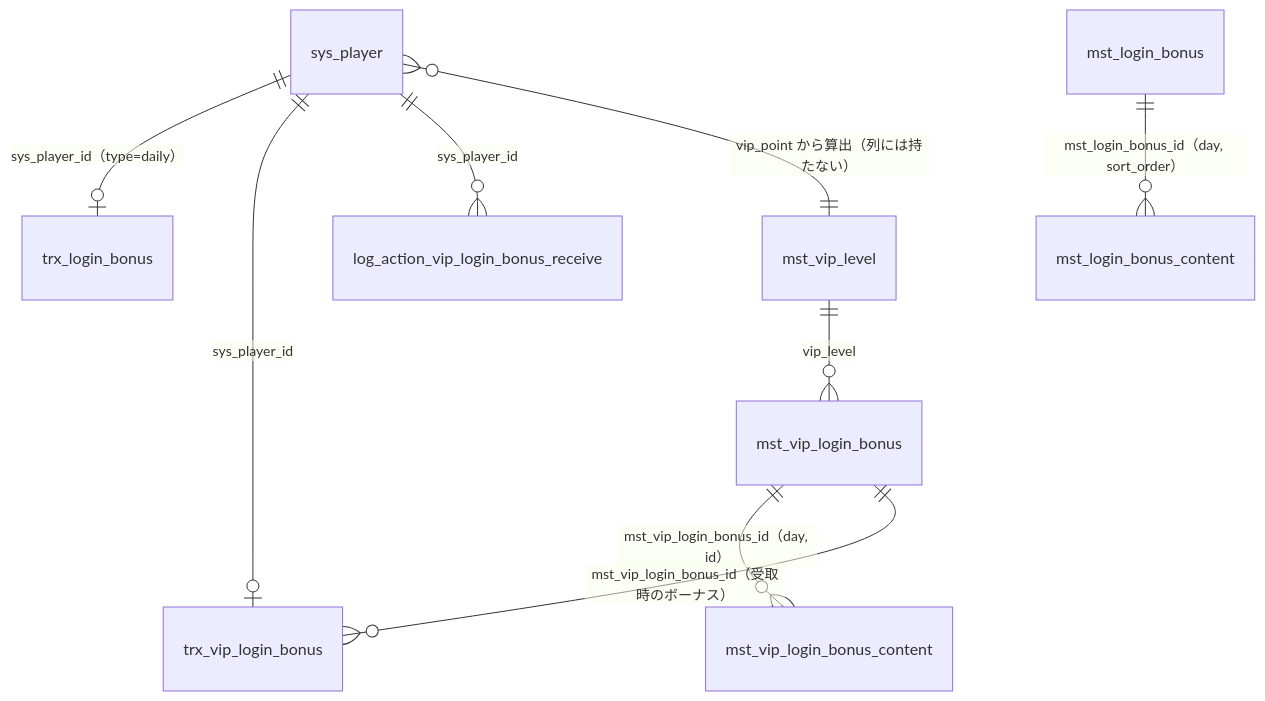
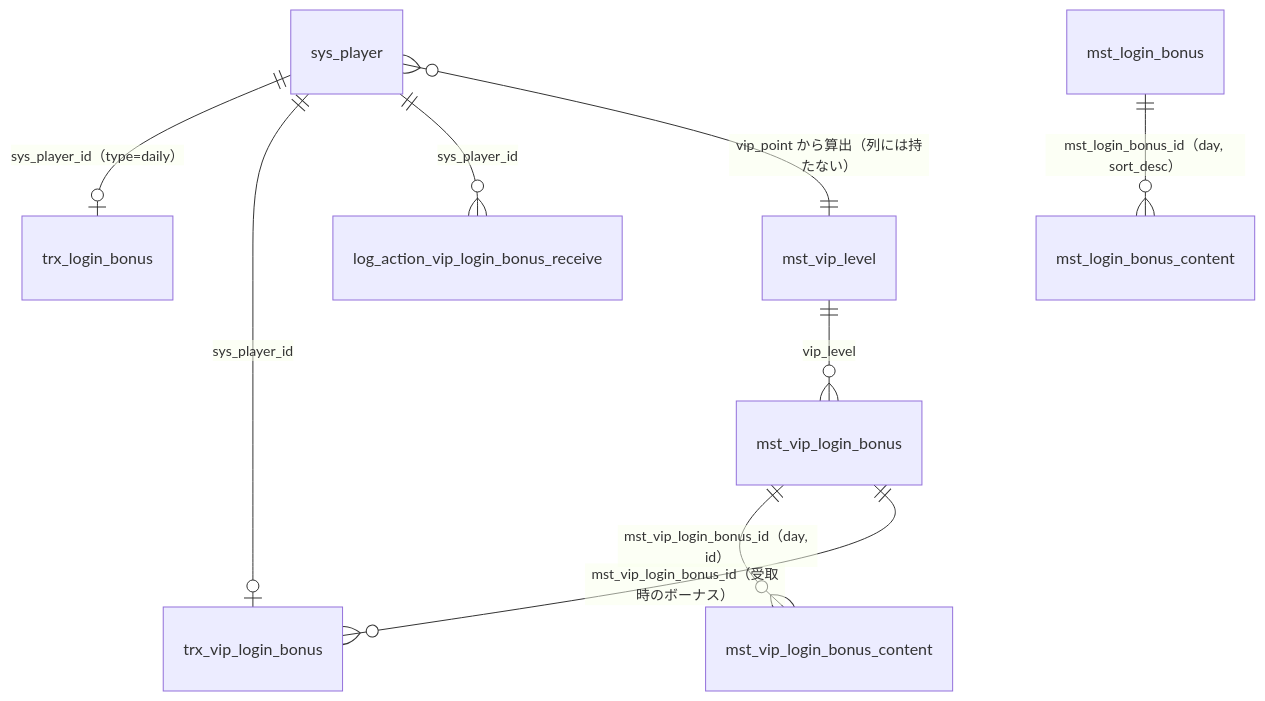
One commit to BENieBlack/NexusLaravelMobileGameServer changed the diagram in docs/design/login-bonus-calendar/db.md. Above: the diagram before and after it, drawn with Mermaid. The commit also changed other lines of this file and 59 other files, not shown here.

````diff
--- a/docs/design/login-bonus-calendar/db.md
+++ b/docs/design/login-bonus-calendar/db.md
@@ -66,11 +65,11 @@
 ```mermaid
 erDiagram
     sys_player ||--o| trx_login_bonus : "sys_player_id（type=daily）"
     sys_player ||--o| trx_vip_login_bonus : "sys_player_id"
     sys_player ||--o{ log_action_vip_login_bonus_receive : "sys_player_id"
-    mst_login_bonus ||--o{ mst_login_bonus_content : "mst_login_bonus_id（day, sort_order）"
+    mst_login_bonus ||--o{ mst_login_bonus_content : "mst_login_bonus_id（day, sort_desc）"
     mst_vip_login_bonus ||--o{ mst_vip_login_bonus_content : "mst_vip_login_bonus_id（day, id）"
     mst_vip_login_bonus ||--o{ trx_vip_login_bonus : "mst_vip_login_bonus_id（受取時のボーナス）"
     mst_vip_level ||--o{ mst_vip_login_bonus : "vip_level"
     sys_player }o--|| mst_vip_level : "vip_point から算出（列には持たない）"
 ```
````
